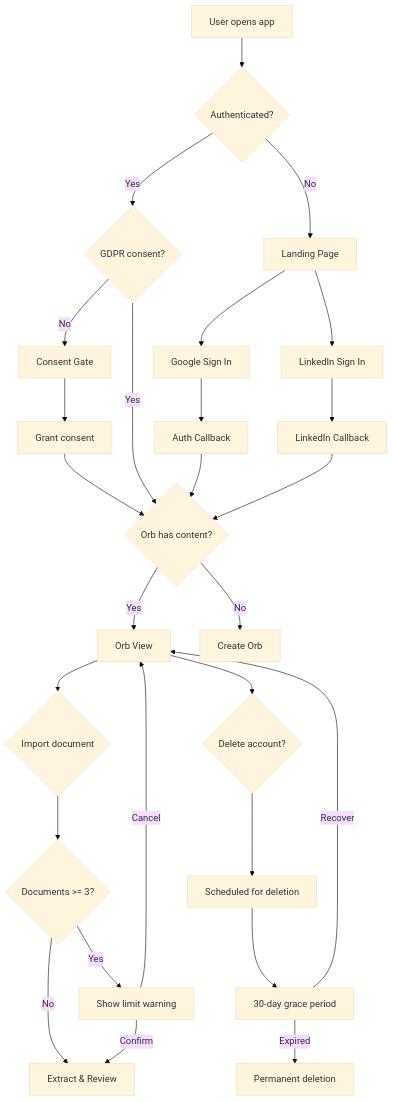
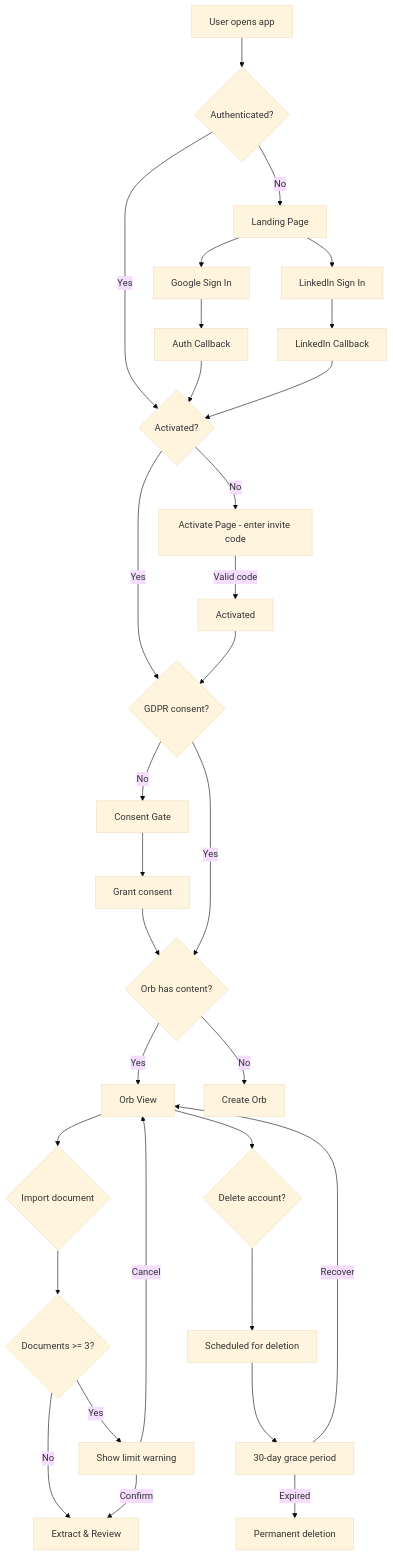
The third of 3 diagrams in docs/navigation-flow.md (open-orbis/open-orbis), drawn with Mermaid (base theme) before and after one commit. The commit also changed other lines of this file and 4 other files, not shown here.

First line of the commit message:
docs: update navigation flows, API reference, and CLAUDE.md for invitation system

````diff
--- a/docs/navigation-flow.md
+++ b/docs/navigation-flow.md
@@ -132,31 +145,38 @@
 ```mermaid
 flowchart TD
     START[User opens app] --> AUTH{Authenticated?}
     AUTH -->|No| LANDING[Landing Page]
-    AUTH -->|Yes| CONSENT{GDPR consent?}
+    AUTH -->|Yes| ACTIVATED{Activated?}
+    ACTIVATED -->|No| ACTIVATION[Activate Page - enter invite code]
+    ACTIVATION -->|Valid code| ACTIVATED_YES[Activated]
+    ACTIVATED -->|Yes| CONSENT{GDPR consent?}
+    ACTIVATED_YES --> CONSENT
     CONSENT -->|No| CONSENT_GATE[Consent Gate]
     CONSENT_GATE --> CONSENT_YES[Grant consent] --> HAS_ORB
     CONSENT -->|Yes| HAS_ORB{Orb has content?}
     HAS_ORB -->|Yes| ORB_VIEW[Orb View]
     HAS_ORB -->|No| CREATE[Create Orb]
 
     LANDING --> GOOGLE[Google Sign In]
     LANDING --> LINKEDIN[LinkedIn Sign In]
     GOOGLE --> CALLBACK[Auth Callback]
     LINKEDIN --> LI_CALLBACK[LinkedIn Callback]
-    CALLBACK --> HAS_ORB
-    LI_CALLBACK --> HAS_ORB
+    CALLBACK --> ACTIVATED
+    LI_CALLBACK --> ACTIVATED
+
+    %% ── Activation bypass rules ──
+    %% activated = !invite_code_required OR is_admin OR signup_code != null
 
     ORB_VIEW --> IMPORT{Import document}
     IMPORT --> DOC_COUNT{Documents >= 3?}
     DOC_COUNT -->|Yes| LIMIT_WARN[Show limit warning]
     DOC_COUNT -->|No| EXTRACT[Extract & Review]
     LIMIT_WARN -->|Confirm| EXTRACT
     LIMIT_WARN -->|Cancel| ORB_VIEW
 
     ORB_VIEW --> DELETE_ACC{Delete account?}
     DELETE_ACC --> SCHEDULED[Scheduled for deletion]
     SCHEDULED --> GRACE[30-day grace period]
     GRACE -->|Recover| ORB_VIEW
     GRACE -->|Expired| PERMANENT_DELETE[Permanent deletion]
 ```
````
